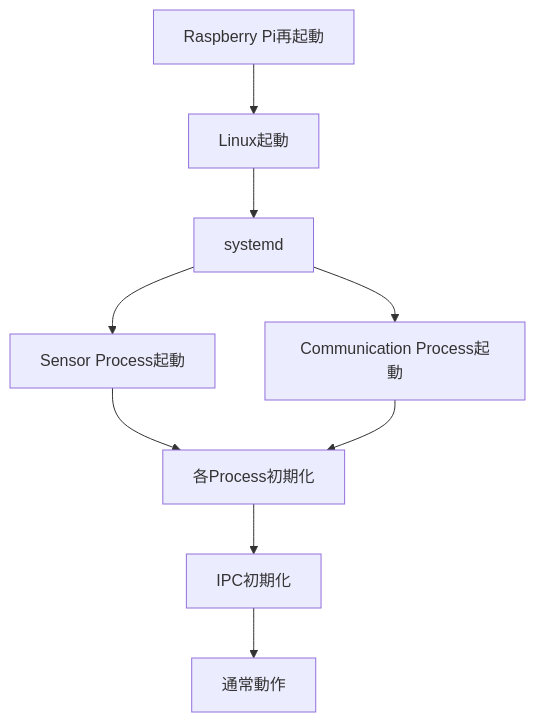
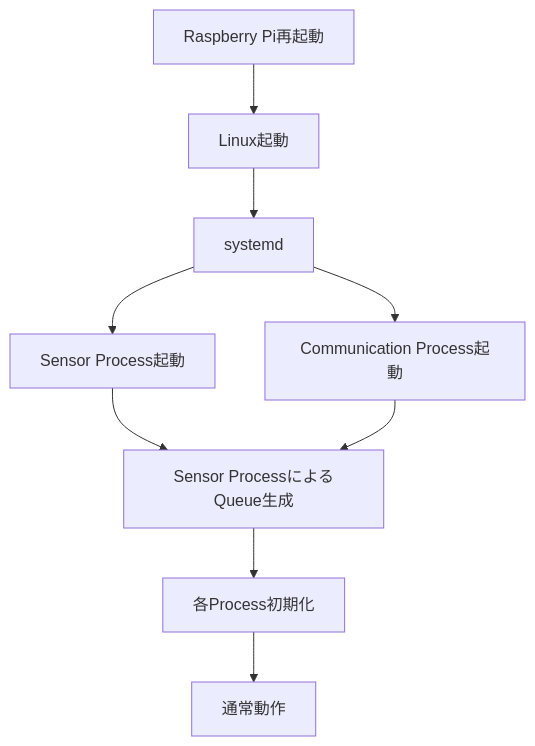
Diagram 28 of 46 in docs/05_operation_recovery.md (yujimasuda77777/Raspberry_Pi_4B_Edge_IoT_System), drawn with Mermaid before and after one commit. The commit also changed other lines of this file and 1 other file, not shown here.

````diff
--- a/docs/05_operation_recovery.md
+++ b/docs/05_operation_recovery.md
@@ -1384,23 +1326,23 @@
 ```mermaid
 flowchart TD
     Reboot["Raspberry Pi再起動"]
     Linux["Linux起動"]
     Systemd["systemd"]
     Sensor["Sensor Process起動"]
     Comm["Communication Process起動"]
-    IPC["IPC初期化"]
+    Queue["Sensor ProcessによるQueue生成"]
     Init["各Process初期化"]
     Normal["通常動作"]
 
     Reboot --> Linux
     Linux --> Systemd
 
     Systemd --> Sensor
     Systemd --> Comm
 
-    Sensor --> Init
-    Comm --> Init
+    Sensor --> Queue
+    Comm --> Queue
 
-    Init --> IPC
-    IPC --> Normal
+    Queue --> Init
+    Init --> Normal
 ```
````
